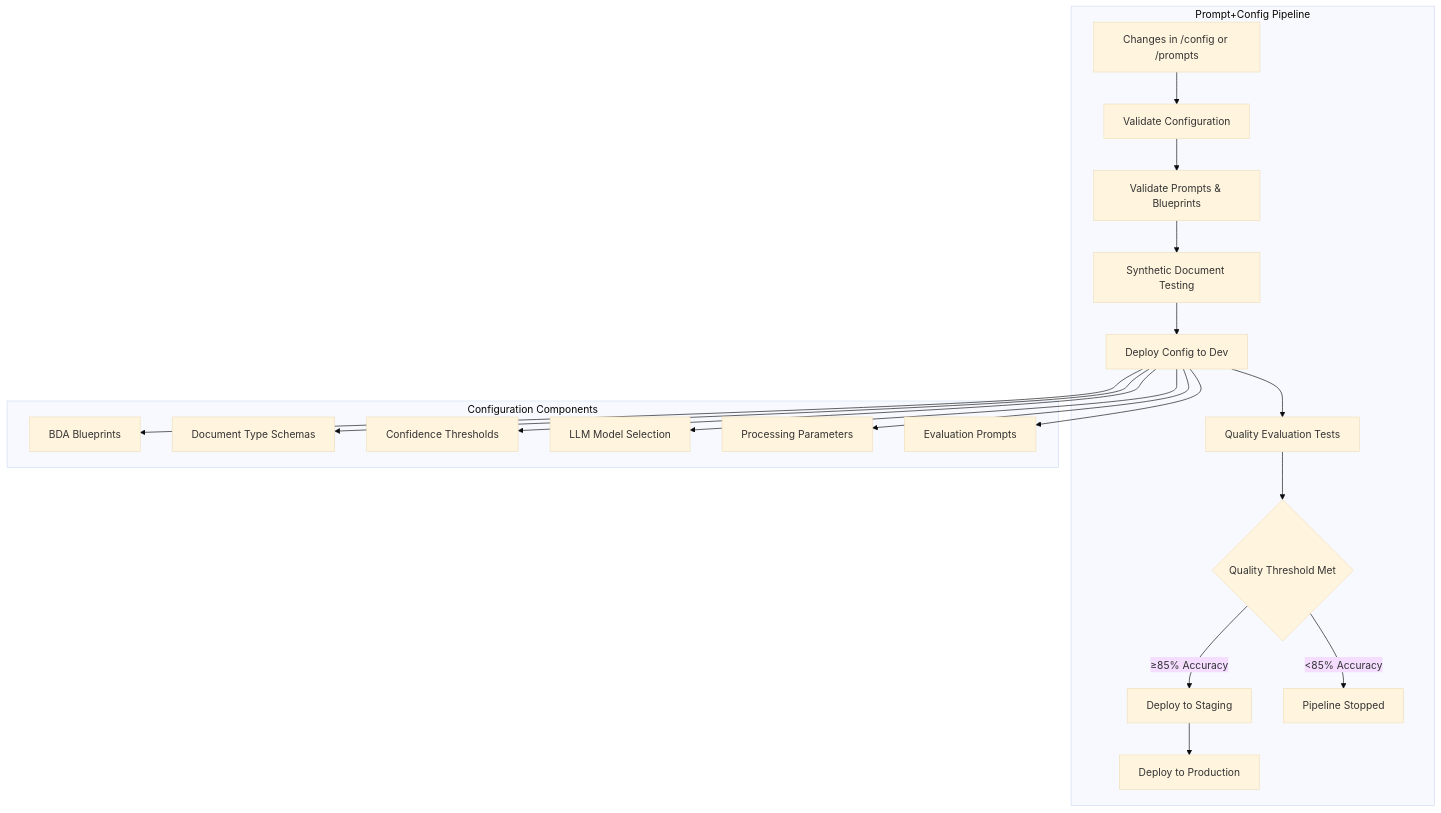
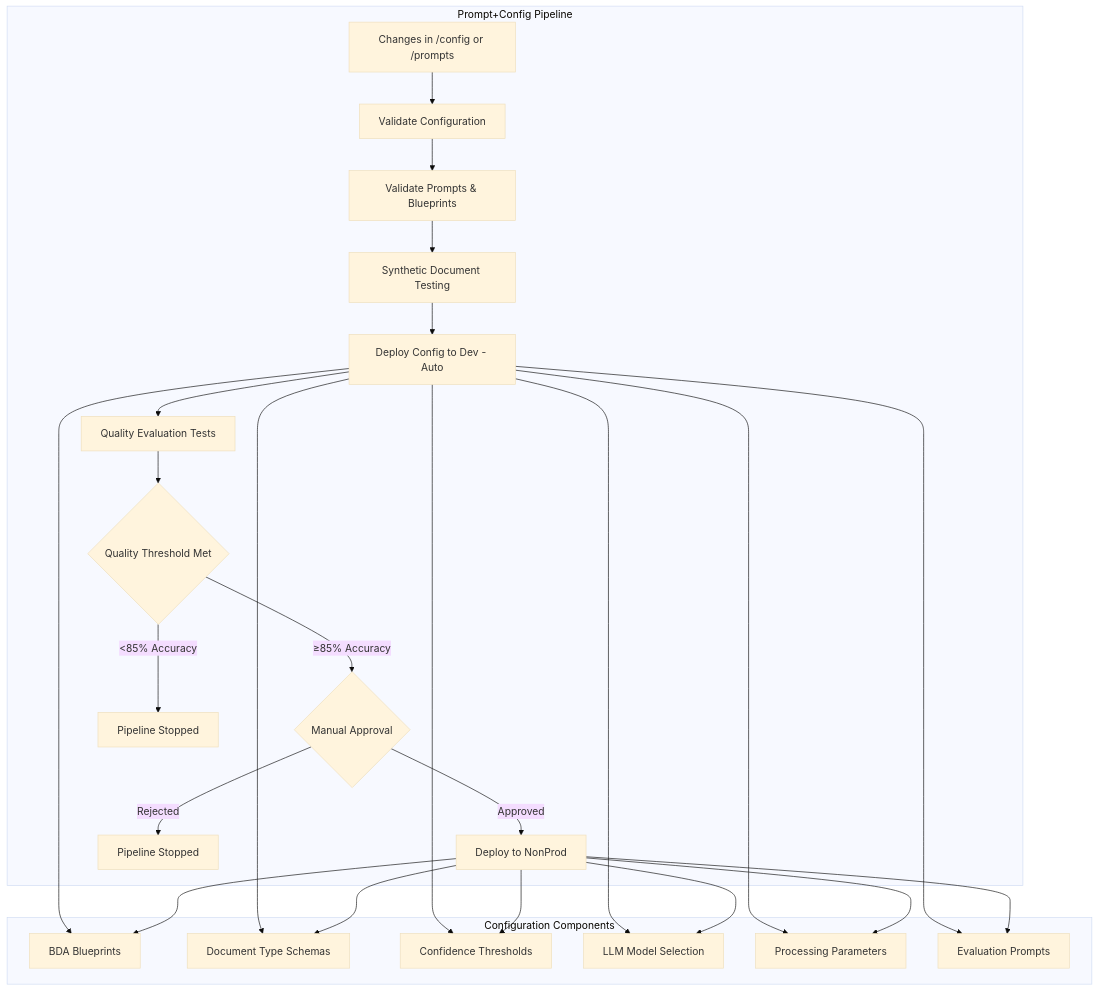
One commit to prime89-hash/design-document-idp changed the fourth of 4 diagrams in .kiro/specs/intelligent-document-processing/design.md. Above: the diagram before and after it, drawn with Mermaid (base theme). The commit also changed other lines of this file, not shown here.

Commit message:
updated the IDP document

````diff
--- a/.kiro/specs/intelligent-document-processing/design.md
+++ b/.kiro/specs/intelligent-document-processing/design.md
@@ -1238,30 +1326,37 @@
 ```mermaid
 graph TB
     subgraph "Prompt+Config Pipeline"
         A[Changes in /config or /prompts] --> B[Validate Configuration]
         B --> C[Validate Prompts & Blueprints]
         C --> D[Synthetic Document Testing]
-        D --> E[Deploy Config to Dev]
+        D --> E[Deploy Config to Dev - Auto]
         E --> F[Quality Evaluation Tests]
         F --> G{Quality Threshold Met}
-        G -->|≥85% Accuracy| H[Deploy to Staging]
-        H --> I[Deploy to Production]
+        G -->|≥85% Accuracy| H{Manual Approval}
+        H -->|Approved| I[Deploy to NonProd]
         G -->|<85% Accuracy| J[Pipeline Stopped]
+        H -->|Rejected| K[Pipeline Stopped]
     end
     
     subgraph "Configuration Components"
-        K[BDA Blueprints]
-        L[Document Type Schemas]
-        M[Confidence Thresholds]
-        N[LLM Model Selection]
-        O[Processing Parameters]
-        P[Evaluation Prompts]
+        L[BDA Blueprints]
+        M[Document Type Schemas]
+        N[Confidence Thresholds]
+        O[LLM Model Selection]
+        P[Processing Parameters]
+        Q[Evaluation Prompts]
     end
     
-    E --> K
     E --> L
     E --> M
     E --> N
     E --> O
     E --> P
+    E --> Q
+    I --> L
+    I --> M
+    I --> N
+    I --> O
+    I --> P
+    I --> Q
 ```
````
